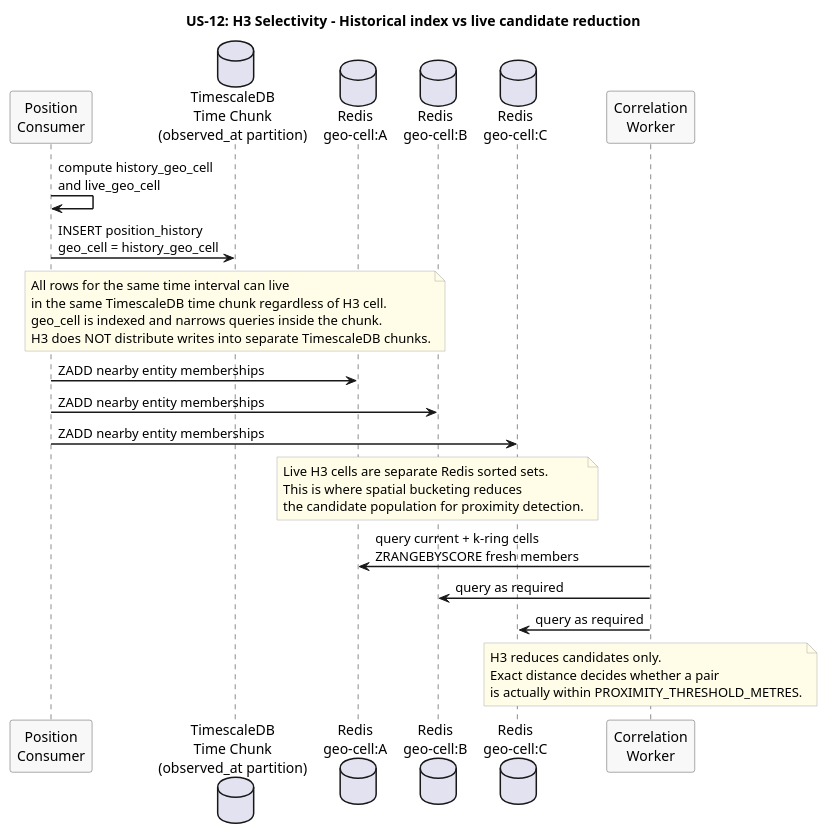
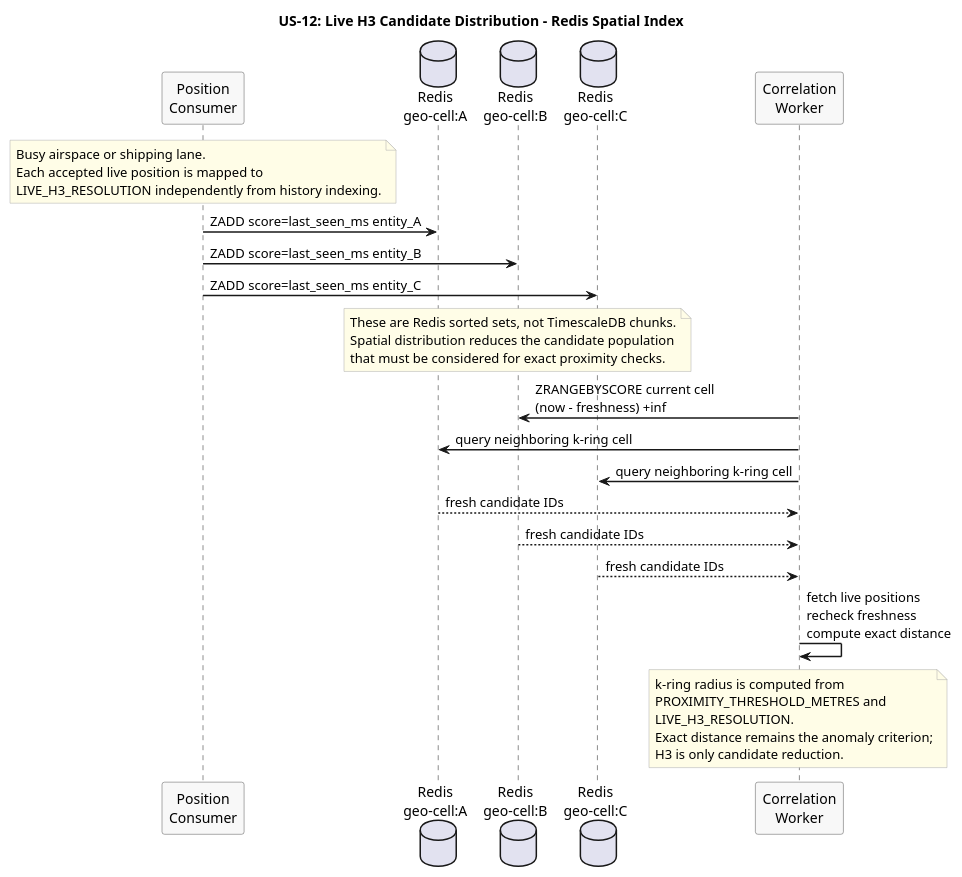
The diagram in docs/use-cases/US-12-geo-spatial-efficiency/hot-spot-distribution.puml (Buffden/sentinel), drawn with PlantUML before and after one commit. The commit also changed 27 other files, not shown here.

Commit message:
docs: align pre-coding contracts and diagrams

```diff
--- a/docs/use-cases/US-12-geo-spatial-efficiency/hot-spot-distribution.puml
+++ b/docs/use-cases/US-12-geo-spatial-efficiency/hot-spot-distribution.puml
@@ -1,47 +1,50 @@
 @startuml hot-spot-distribution
-title US-12: H3 Selectivity - Historical index vs live candidate reduction
+title US-12: Live H3 Candidate Distribution - Redis Spatial Index
 
 skinparam sequenceArrowThickness 1.5
 skinparam participantBorderColor #555555
 skinparam participantBackgroundColor #F8F8F8
 skinparam noteBorderColor #AAAAAA
 skinparam noteBackgroundColor #FFFDE7
 
 participant "Position\nConsumer" as Consumer
-database "TimescaleDB\nTime Chunk\n(observed_at partition)" as TimeChunk
 database "Redis\ngeo-cell:A" as CellA
 database "Redis\ngeo-cell:B" as CellB
 database "Redis\ngeo-cell:C" as CellC
 participant "Correlation\nWorker" as Correlation
 
-Consumer -> Consumer : compute history_geo_cell\nand live_geo_cell
-Consumer -> TimeChunk : INSERT position_history\ngeo_cell = history_geo_cell
-
-note over TimeChunk
-  All rows for the same time interval can live
-  in the same TimescaleDB time chunk regardless of H3 cell.
-  geo_cell is indexed and narrows queries inside the chunk.
-  H3 does NOT distribute writes into separate TimescaleDB chunks.
+note over Consumer
+  Busy airspace or shipping lane.
+  Each accepted live position is mapped to
+  LIVE_H3_RESOLUTION independently from history indexing.
 end note
 
-Consumer -> CellA : ZADD nearby entity memberships
-Consumer -> CellB : ZADD nearby entity memberships
-Consumer -> CellC : ZADD nearby entity memberships
+Consumer -> CellA : ZADD score=last_seen_ms entity_A
+Consumer -> CellB : ZADD score=last_seen_ms entity_B
+Consumer -> CellC : ZADD score=last_seen_ms entity_C
 
 note over CellA, CellC
-  Live H3 cells are separate Redis sorted sets.
-  This is where spatial bucketing reduces
-  the candidate population for proximity detection.
+  These are Redis sorted sets, not TimescaleDB chunks.
+  Spatial distribution reduces the candidate population
+  that must be considered for exact proximity checks.
 end note
 
-Correlation -> CellA : query current + k-ring cells\nZRANGEBYSCORE fresh members
-Correlation -> CellB : query as required
-Correlation -> CellC : query as required
+Correlation -> CellB : ZRANGEBYSCORE current cell\n(now - freshness) +inf
+Correlation -> CellA : query neighboring k-ring cell
+Correlation -> CellC : query neighboring k-ring cell
+
+CellA --> Correlation : fresh candidate IDs
+CellB --> Correlation : fresh candidate IDs
+CellC --> Correlation : fresh candidate IDs
+
+Correlation -> Correlation : fetch live positions\nrecheck freshness\ncompute exact distance
 
 note over Correlation
-  H3 reduces candidates only.
-  Exact distance decides whether a pair
-  is actually within PROXIMITY_THRESHOLD_METRES.
+  k-ring radius is computed from
+  PROXIMITY_THRESHOLD_METRES and
+  LIVE_H3_RESOLUTION.
+  Exact distance remains the anomaly criterion;
+  H3 is only candidate reduction.
 end note
 
 @enduml
```
